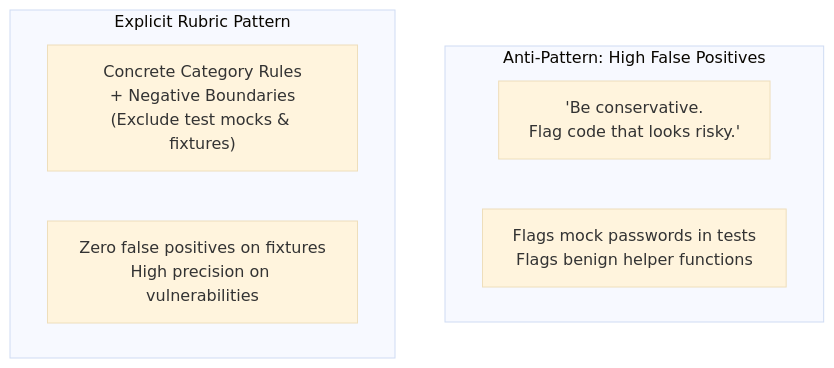
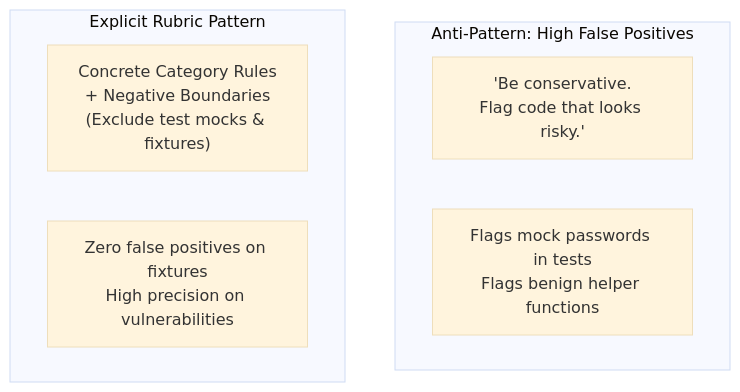
The diagram in domain4/ts_4_1_explicit_criteria_classification/README.md (dip4k/claude_cert_architect_foundation_prep), drawn with Mermaid (base theme) before and after one commit. The commit also changed other lines of this file and 50 other files, not shown here.

Commit message:
docs(domain): complete 30 task statement study guides and enforce October 2026 Mermaid standards

````diff
--- a/domain4/ts_4_1_explicit_criteria_classification/README.md
+++ b/domain4/ts_4_1_explicit_criteria_classification/README.md
@@ -10,13 +10,12 @@
 ```mermaid
-%%{init: {"flowchart": {"htmlLabels": true, "wrappingWidth": 250}}}%%
 flowchart TD
     subgraph AntiPattern["Anti-Pattern: High False Positives"]
-        Vague["'Be conservative.<br/>Flag code that looks risky.'"]
-        ResultA["Flags mock passwords in tests<br/>Flags benign helper functions"]
+        Vague["'Be conservative.<br>Flag code that looks risky.'"]
+        ResultA["Flags mock passwords in tests<br>Flags benign helper functions"]
     end
 
     subgraph Recommended["Explicit Rubric Pattern"]
-        Explicit["Concrete Category Rules<br/>+ Negative Boundaries<br/>(Exclude test mocks & fixtures)"]
-        ResultB["Zero false positives on fixtures<br/>High precision on vulnerabilities"]
+        Explicit["Concrete Category Rules<br>+ Negative Boundaries<br>(Exclude test mocks & fixtures)"]
+        ResultB["Zero false positives on fixtures<br>High precision on vulnerabilities"]
     end
 ```
````
